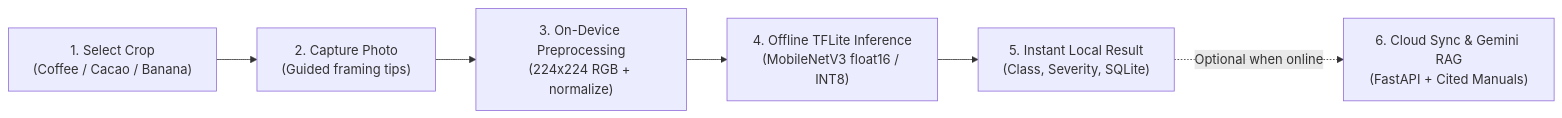
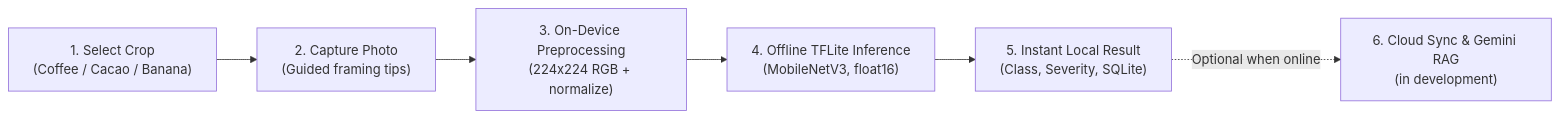
Before and after one commit to keylorpineda/healthycropping: the diagram in README.md, drawn with Mermaid. The commit also changed other lines of this file and 3 other files, not shown here.

````diff
--- a/README.md
+++ b/README.md
@@ -45,8 +48,8 @@
 ```mermaid
 flowchart LR
     A["1. Select Crop\n(Coffee / Cacao / Banana)"] --> B["2. Capture Photo\n(Guided framing tips)"]
     B --> C["3. On-Device Preprocessing\n(224x224 RGB + normalize)"]
-    C --> D["4. Offline TFLite Inference\n(MobileNetV3 float16 / INT8)"]
+    C --> D["4. Offline TFLite Inference\n(MobileNetV3, float16)"]
     D --> E["5. Instant Local Result\n(Class, Severity, SQLite)"]
-    E -. "Optional when online" .-> F["6. Cloud Sync & Gemini RAG\n(FastAPI + Cited Manuals)"]
+    E -. "Optional when online" .-> F["6. Cloud Sync & Gemini RAG\n(in development)"]
 ```
````
